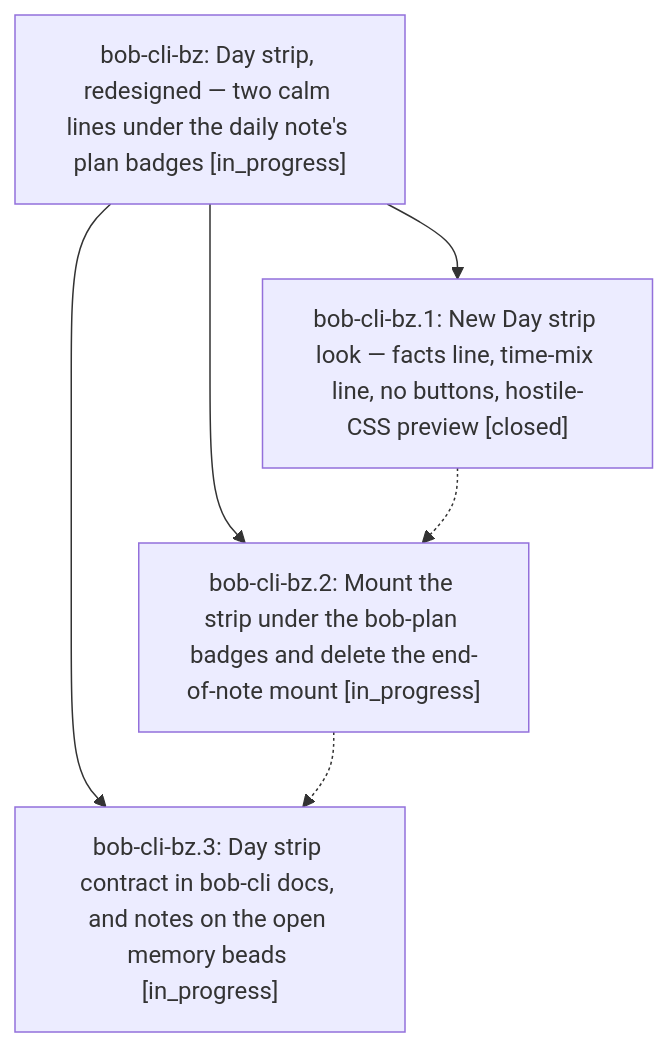
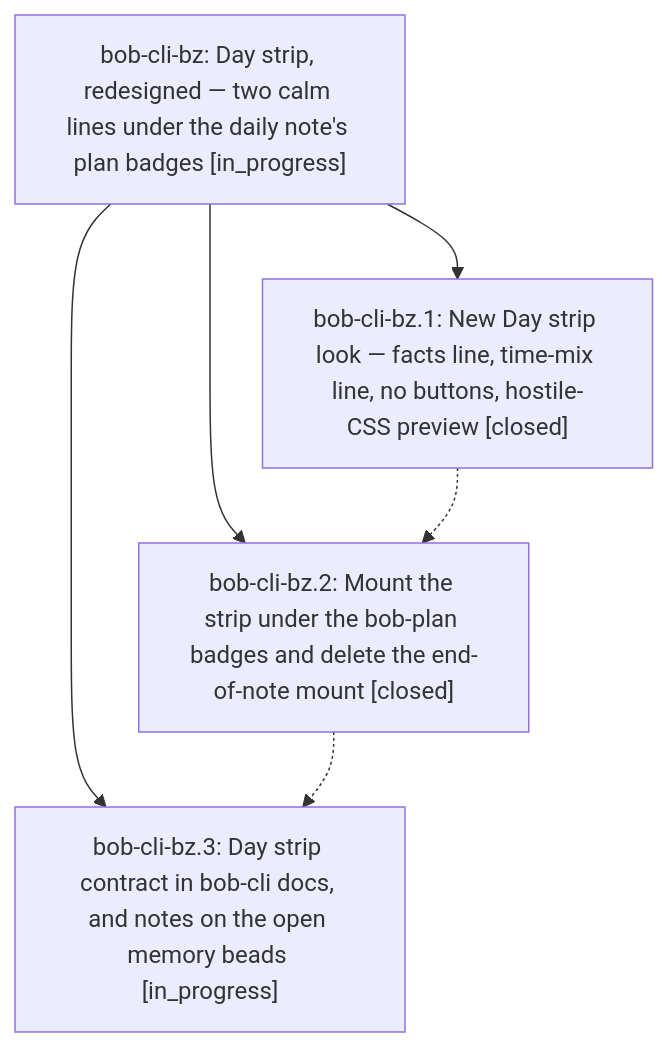
The diagram in pages/bob-cli-bz/README.md (bobs-org/bob-cli--beads), drawn with Mermaid before and after one commit. The commit also changed other lines of this file and 3 other files, not shown here.

First line of the commit message:
chore(beads): sync bead state and pages for bob-cli-bz

````diff
--- a/pages/bob-cli-bz/README.md
+++ b/pages/bob-cli-bz/README.md
@@ -36,12 +38,12 @@
 ```mermaid
 flowchart TD
     n0["bob-cli-bz: Day strip, redesigned — two calm lines under the daily note's plan badges [in_progress]"]
     n1["bob-cli-bz.1: New Day strip look — facts line, time-mix line, no buttons, hostile-CSS preview [closed]"]
-    n2["bob-cli-bz.2: Mount the strip under the bob-plan badges and delete the end-of-note mount [in_progress]"]
+    n2["bob-cli-bz.2: Mount the strip under the bob-plan badges and delete the end-of-note mount [closed]"]
     n3["bob-cli-bz.3: Day strip contract in bob-cli docs, and notes on the open memory beads [in_progress]"]
     n0 --> n1
     n0 --> n2
     n0 --> n3
     n1 -.-> n2
     n2 -.-> n3
 ```
````
